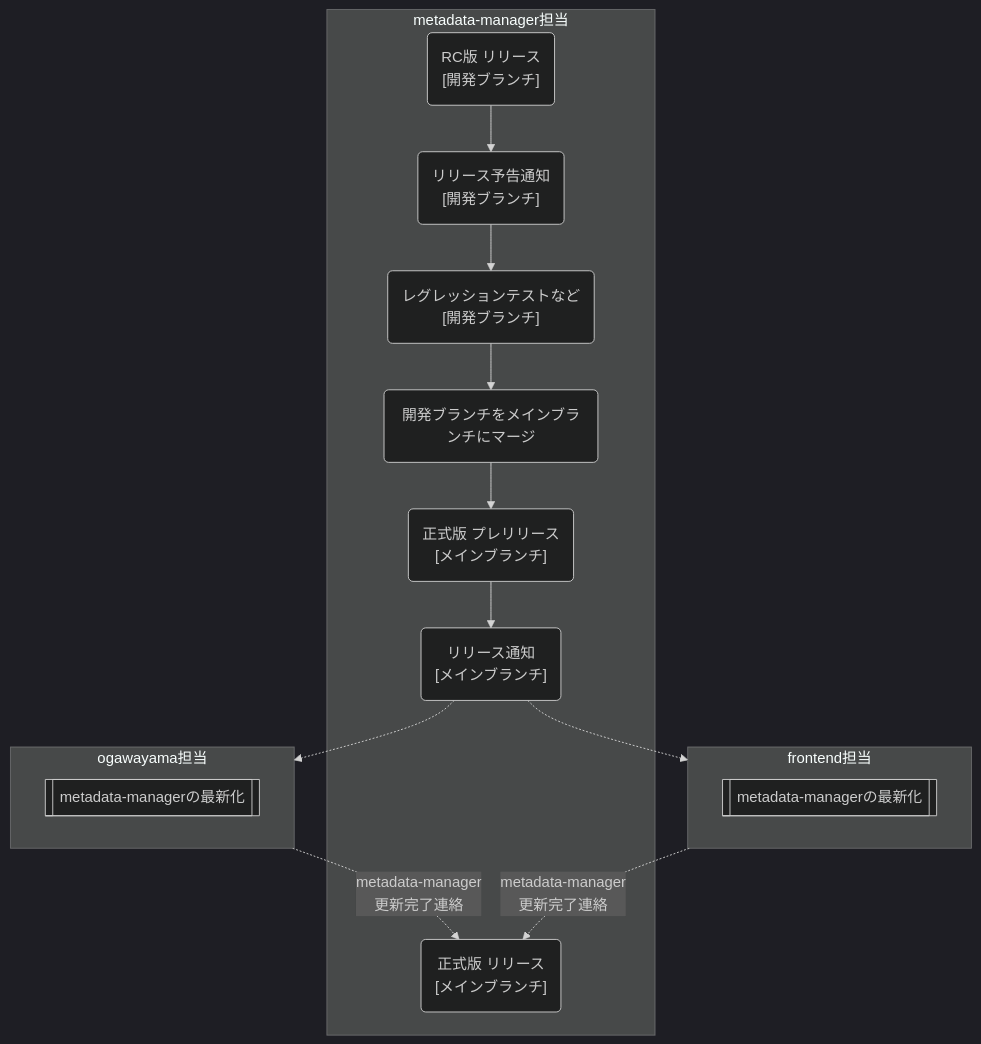
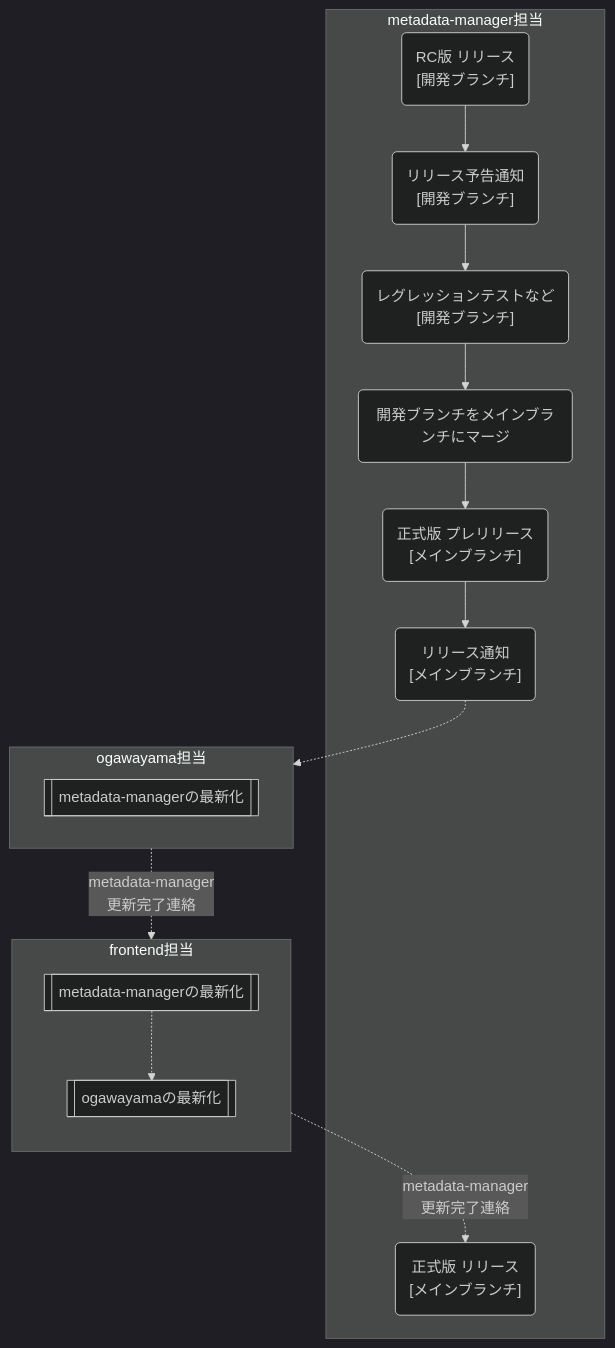
The third of 5 diagrams in docs/metadata-manager_release_procedures.md (project-tsurugi/metadata-manager), drawn with Mermaid (dark theme) before and after one commit. The commit also changed other lines of this file, not shown here.

Commit message:
Updated release procedure for metadata-manager.

````diff
--- a/docs/metadata-manager_release_procedures.md
+++ b/docs/metadata-manager_release_procedures.md
@@ -101,29 +109,31 @@
 ```mermaid
 flowchart TB
   subgraph metadata [metadata-manager担当]
     M_WF_1("RC版 リリース<br>[開発ブランチ]")
     M_WF_2("リリース予告通知<br>[開発ブランチ]")
     M_WF_3("レグレッションテストなど<br>[開発ブランチ]")
     M_WF_4("開発ブランチをメインブランチにマージ")
     M_WF_5("正式版 プレリリース<br>[メインブランチ]")
     M_WF_6("リリース通知<br>[メインブランチ]")
     M_WF_7("正式版 リリース<br>[メインブランチ]")
   end
 
   subgraph ogawayama [ogawayama担当]
     O_WF[["metadata-managerの最新化"]]
   end
   subgraph frontend [frontend担当]
-    F_WF[["metadata-managerの最新化"]]
+    direction TB
+    F_WF_1[["metadata-managerの最新化"]]
+    F_WF_2[["ogawayamaの最新化"]]
+    F_WF_1 -.-> F_WF_2
   end
 
   M_WF_1 --> M_WF_2
   M_WF_2 --> M_WF_3
   M_WF_3 --> M_WF_4
   M_WF_4 --> M_WF_5
   M_WF_5 --> M_WF_6
   M_WF_6 -.-> ogawayama
-  M_WF_6 -.-> frontend
-  ogawayama -. "metadata-manager<br>更新完了連絡" .-> M_WF_7
+  ogawayama -. "metadata-manager<br>更新完了連絡" .-> frontend
   frontend -. "metadata-manager<br>更新完了連絡" .-> M_WF_7
 ```
````
